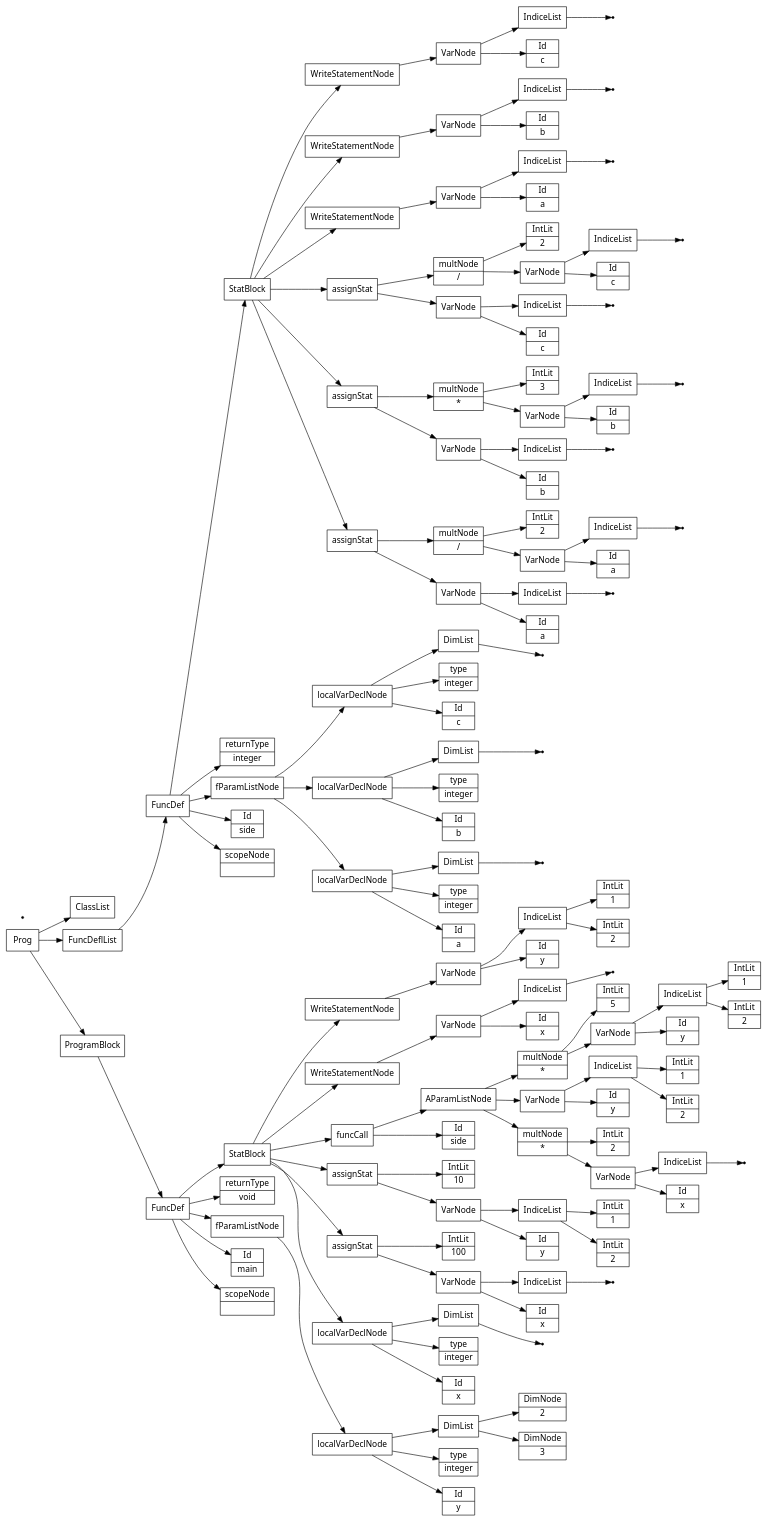
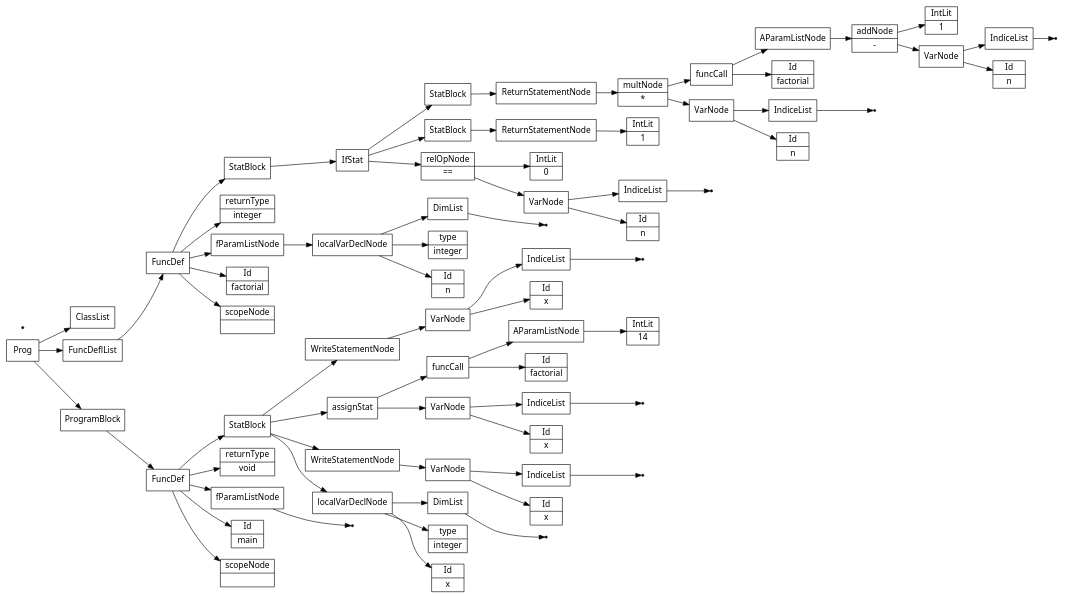
Before and after one commit to Saf1u/Kompiler: the diagram in files/semantictests/wemove.src.ast.dot, drawn with Graphviz. The commit also changed 6 other files, not shown here.

```diff
--- a/files/semantictests/wemove.src.ast.dot
+++ b/files/semantictests/wemove.src.ast.dot
@@ -2,29 +2,28 @@
 node [shape=record];
  node [fontname=Sans];charset="UTF-8" splines=true splines=spline rankdir =LR ordering="out"
 1[label="scopeNode| "];
-3[label="Id|y"];
-4[label="type|integer"];
-6[label="DimNode|3"];
-7[label="DimNode|2"];
-8[label="DimList"];
-8->7;
-8->6;
-9[label="localVarDeclNode"];
-9->8;
-9->4;
-9->3;
-10[label="fParamListNode"];
-10->9;
-11[label="returnType|void"];
+none3[shape="point"];
+4[label="fParamListNode"];
+4->none3;
+5[label="returnType|void"];
+7[label="Id|x"];
+8[label="type|integer"];
+none10[shape="point"];
+11[label="DimList"];
+11->none10;
+12[label="localVarDeclNode"];
+12->11;
+12->8;
+12->7;
 13[label="Id|x"];
-14[label="type|integer"];
-none16[shape="point"];
-17[label="DimList"];
-17->none16;
-18[label="localVarDeclNode"];
+none15[shape="point"];
+16[label="IndiceList"];
+16->none15;
+17[label="VarNode"];
+17->16;
+17->13;
+18[label="WriteStatementNode"];
 18->17;
-18->14;
-18->13;
 19[label="Id|x"];
 none21[shape="point"];
 22[label="IndiceList"];
@@ -32,243 +31,118 @@
 23[label="VarNode"];
 23->22;
 23->19;
-24[label="IntLit|100"];
-25[label="assignStat"];
-25->24;
-25->23;
-26[label="Id|y"];
-28[label="IntLit|2"];
-29[label="IntLit|1"];
-30[label="IndiceList"];
-30->29;
-30->28;
-31[label="VarNode"];
-31->30;
-31->26;
-32[label="IntLit|10"];
-33[label="assignStat"];
-33->32;
-33->31;
-34[label="Id|side"];
-36[label="Id|x"];
-none38[shape="point"];
-39[label="IndiceList"];
-39->none38;
-40[label="VarNode"];
-40->39;
-40->36;
-41[label="multNode|*"];
-42[label="IntLit|2"];
-41->42;
-41->40;
-43[label="Id|y"];
-45[label="IntLit|2"];
-46[label="IntLit|1"];
-47[label="IndiceList"];
+24[label="Id|factorial"];
+26[label="IntLit|14"];
+27[label="AParamListNode"];
+27->26;
+28[label="funcCall"];
+28->27;
+28->24;
+29[label="assignStat"];
+29->28;
+29->23;
+30[label="Id|x"];
+none32[shape="point"];
+33[label="IndiceList"];
+33->none32;
+34[label="VarNode"];
+34->33;
+34->30;
+35[label="WriteStatementNode"];
+35->34;
+36[label="StatBlock"];
+36->35;
+36->29;
+36->18;
+36->12;
+37[label="FuncDef"];
+0[label="Id|main"];
+37->36;
+37->5;
+37->4;
+37->0;
+37->1;
+39[label="scopeNode| "];
+41[label="Id|n"];
+42[label="type|integer"];
+none44[shape="point"];
+45[label="DimList"];
+45->none44;
+46[label="localVarDeclNode"];
+46->45;
+46->42;
+46->41;
+47[label="fParamListNode"];
 47->46;
-47->45;
-48[label="VarNode"];
-48->47;
-48->43;
-49[label="Id|y"];
-51[label="IntLit|2"];
-52[label="IntLit|1"];
+48[label="returnType|integer"];
+50[label="Id|n"];
+none52[shape="point"];
 53[label="IndiceList"];
-53->52;
-53->51;
+53->none52;
 54[label="VarNode"];
 54->53;
-54->49;
-55[label="multNode|*"];
-56[label="IntLit|5"];
+54->50;
+55[label="relOpNode|\=="];
+56[label="IntLit|0"];
 55->56;
 55->54;
-57[label="AParamListNode"];
-57->55;
-57->48;
-57->41;
-58[label="funcCall"];
-58->57;
-58->34;
-59[label="Id|x"];
-none61[shape="point"];
-62[label="IndiceList"];
-62->none61;
-63[label="VarNode"];
-63->62;
-63->59;
-64[label="WriteStatementNode"];
-64->63;
-65[label="Id|y"];
-67[label="IntLit|2"];
-68[label="IntLit|1"];
-69[label="IndiceList"];
-69->68;
-69->67;
-70[label="VarNode"];
-70->69;
-70->65;
-71[label="WriteStatementNode"];
-71->70;
-72[label="StatBlock"];
-72->71;
-72->64;
-72->58;
-72->33;
-72->25;
-72->18;
-73[label="FuncDef"];
-0[label="Id|main"];
-73->72;
-73->11;
-73->10;
-73->0;
-73->1;
-75[label="scopeNode| "];
-77[label="Id|a"];
-78[label="type|integer"];
-none80[shape="point"];
-81[label="DimList"];
-81->none80;
-82[label="localVarDeclNode"];
+58[label="IntLit|1"];
+59[label="ReturnStatementNode"];
+59->58;
+60[label="StatBlock"];
+60->59;
+62[label="Id|n"];
+none64[shape="point"];
+65[label="IndiceList"];
+65->none64;
+66[label="VarNode"];
+66->65;
+66->62;
+67[label="multNode|*"];
+68[label="Id|factorial"];
+70[label="Id|n"];
+none72[shape="point"];
+73[label="IndiceList"];
+73->none72;
+74[label="VarNode"];
+74->73;
+74->70;
+75[label="addNode|-"];
+76[label="IntLit|1"];
+75->76;
+75->74;
+77[label="AParamListNode"];
+77->75;
+78[label="funcCall"];
+78->77;
+78->68;
+67->78;
+67->66;
+79[label="ReturnStatementNode"];
+79->67;
+80[label="StatBlock"];
+80->79;
+81[label="IfStat"];
+81->80;
+81->60;
+81->55;
+82[label="StatBlock"];
 82->81;
-82->78;
-82->77;
-83[label="Id|b"];
-84[label="type|integer"];
-none86[shape="point"];
-87[label="DimList"];
-87->none86;
-88[label="localVarDeclNode"];
-88->87;
-88->84;
-88->83;
-89[label="Id|c"];
-90[label="type|integer"];
-none92[shape="point"];
-93[label="DimList"];
-93->none92;
-94[label="localVarDeclNode"];
-94->93;
-94->90;
-94->89;
-95[label="fParamListNode"];
-95->94;
-95->88;
-95->82;
-96[label="returnType|integer"];
-98[label="Id|a"];
-none100[shape="point"];
-101[label="IndiceList"];
-101->none100;
-102[label="VarNode"];
-102->101;
-102->98;
-103[label="Id|a"];
-none105[shape="point"];
-106[label="IndiceList"];
-106->none105;
-107[label="VarNode"];
-107->106;
-107->103;
-108[label="multNode|/"];
-109[label="IntLit|2"];
-108->109;
-108->107;
-110[label="assignStat"];
-110->108;
-110->102;
-111[label="Id|b"];
-none113[shape="point"];
-114[label="IndiceList"];
-114->none113;
-115[label="VarNode"];
-115->114;
-115->111;
-116[label="Id|b"];
-none118[shape="point"];
-119[label="IndiceList"];
-119->none118;
-120[label="VarNode"];
-120->119;
-120->116;
-121[label="multNode|*"];
-122[label="IntLit|3"];
-121->122;
-121->120;
-123[label="assignStat"];
-123->121;
-123->115;
-124[label="Id|c"];
-none126[shape="point"];
-127[label="IndiceList"];
-127->none126;
-128[label="VarNode"];
-128->127;
-128->124;
-129[label="Id|c"];
-none131[shape="point"];
-132[label="IndiceList"];
-132->none131;
-133[label="VarNode"];
-133->132;
-133->129;
-134[label="multNode|/"];
-135[label="IntLit|2"];
-134->135;
-134->133;
-136[label="assignStat"];
-136->134;
-136->128;
-137[label="Id|a"];
-none139[shape="point"];
-140[label="IndiceList"];
-140->none139;
-141[label="VarNode"];
-141->140;
-141->137;
-142[label="WriteStatementNode"];
-142->141;
-143[label="Id|b"];
-none145[shape="point"];
-146[label="IndiceList"];
-146->none145;
-147[label="VarNode"];
-147->146;
-147->143;
-148[label="WriteStatementNode"];
-148->147;
-149[label="Id|c"];
-none151[shape="point"];
-152[label="IndiceList"];
-152->none151;
-153[label="VarNode"];
-153->152;
-153->149;
-154[label="WriteStatementNode"];
-154->153;
-155[label="StatBlock"];
-155->154;
-155->148;
-155->142;
-155->136;
-155->123;
-155->110;
-156[label="FuncDef"];
-74[label="Id|side"];
-156->155;
-156->96;
-156->95;
-156->74;
-156->75;
-157[label="ClassList"];
-158[label="FuncDeflList"];
-159[label="Prog"];
-160[label="ProgramBlock"];
-158->156;
-160->73;
-none161[shape="point"];
-159->157;
-159->158;
-159->160;
+83[label="FuncDef"];
+38[label="Id|factorial"];
+83->82;
+83->48;
+83->47;
+83->38;
+83->39;
+84[label="ClassList"];
+85[label="FuncDeflList"];
+86[label="Prog"];
+87[label="ProgramBlock"];
+85->83;
+87->37;
+none88[shape="point"];
+86->84;
+86->85;
+86->87;
 }
```
